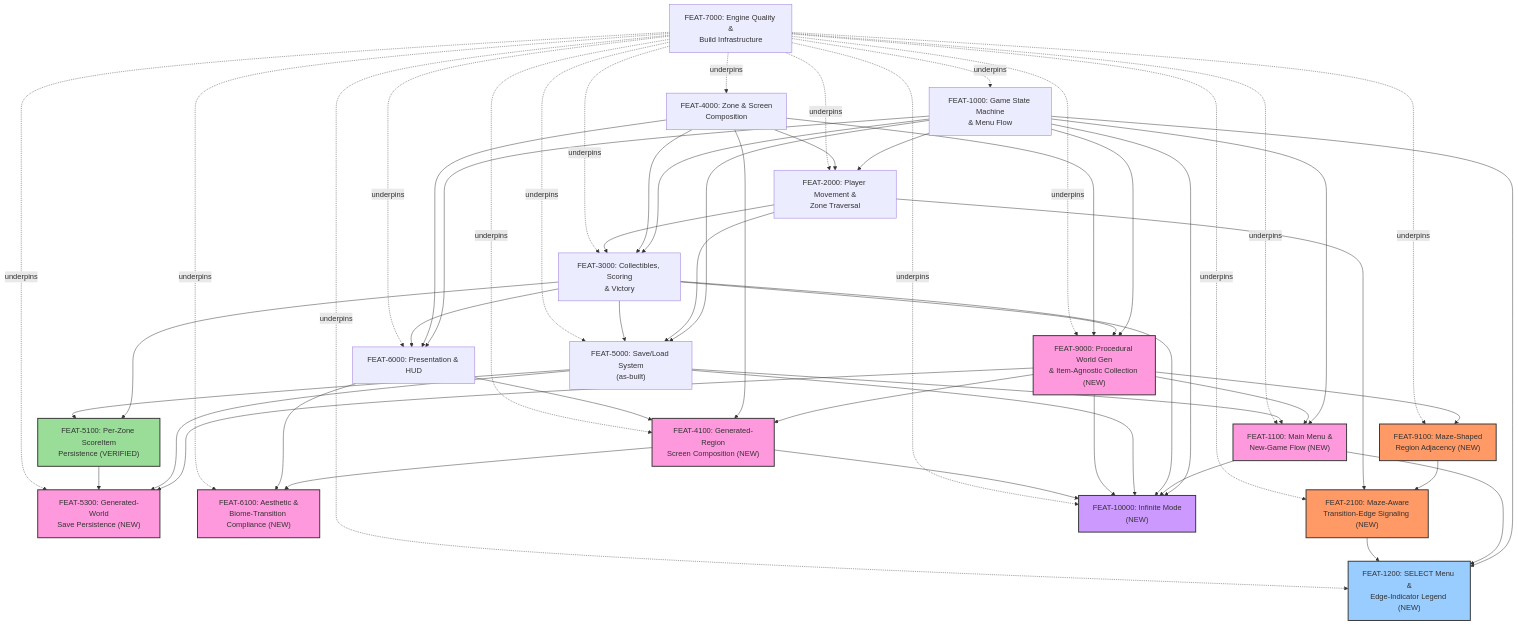
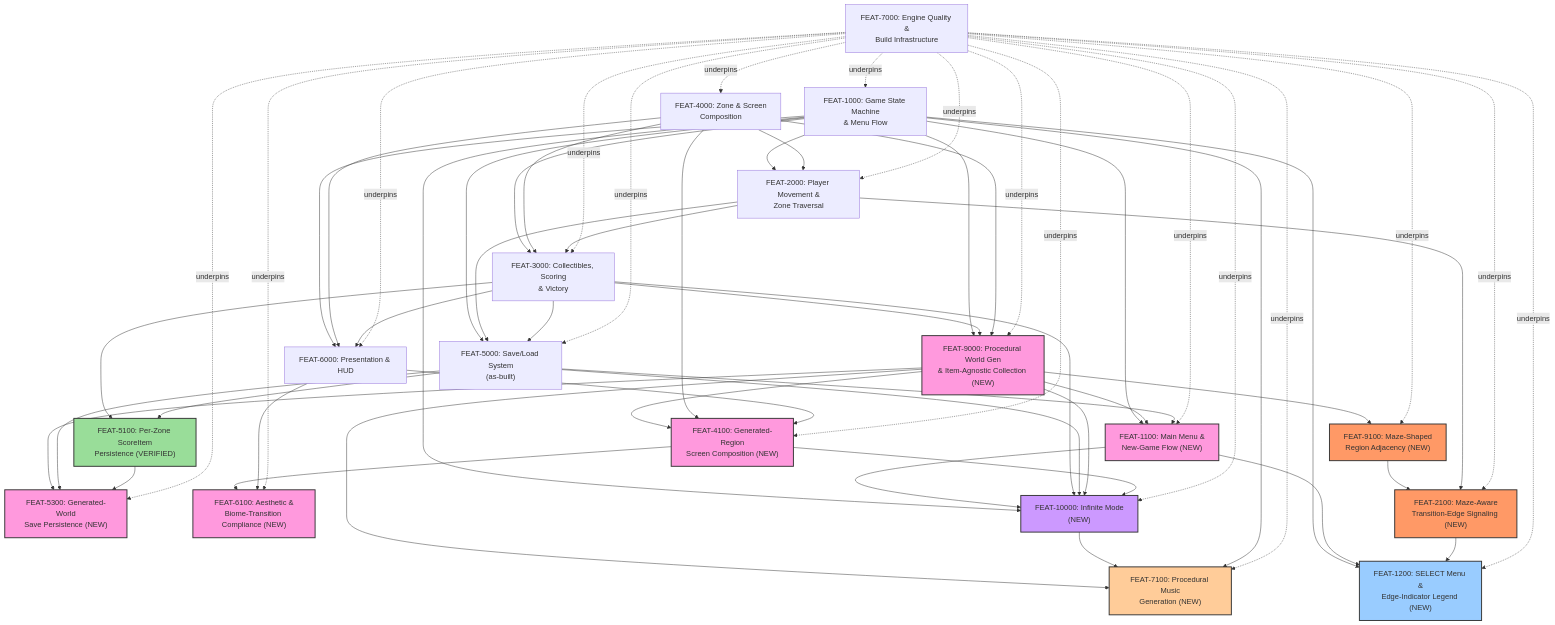
Before and after one commit to Zabin/RsGame: the diagram in docs/feature-planning/04-feature-dependency-graph.md, drawn with Mermaid. The commit also changed other lines of this file and 5 other files, not shown here.

First line of the commit message:
feature-planning: catalog FEAT-7100 (Procedural Music Generation)

````diff
--- a/docs/feature-planning/04-feature-dependency-graph.md
+++ b/docs/feature-planning/04-feature-dependency-graph.md
@@ -29,6 +30,7 @@
     FEAT2100["FEAT-2100: Maze-Aware<br/>Transition-Edge Signaling (NEW)"]
     FEAT1200["FEAT-1200: SELECT Menu &<br/>Edge-Indicator Legend (NEW)"]
     FEAT10000["FEAT-10000: Infinite Mode<br/>(NEW)"]
+    FEAT7100["FEAT-7100: Procedural Music<br/>Generation (NEW)"]
 
     FEAT1000 --> FEAT2000
     FEAT1000 --> FEAT3000
@@ -70,6 +72,9 @@
     FEAT5000 --> FEAT10000
     FEAT9000 --> FEAT10000
     FEAT4100 --> FEAT10000
+    FEAT9000 --> FEAT7100
+    FEAT10000 --> FEAT7100
+    FEAT1000 --> FEAT7100
 
     FEAT7000 -.underpins.-> FEAT1000
     FEAT7000 -.underpins.-> FEAT2000
@@ -86,6 +91,7 @@
     FEAT7000 -.underpins.-> FEAT2100
     FEAT7000 -.underpins.-> FEAT1200
     FEAT7000 -.underpins.-> FEAT10000
+    FEAT7000 -.underpins.-> FEAT7100
 
     style FEAT5100 fill:#9d9,stroke:#333,stroke-width:2px
     style FEAT9000 fill:#f9d,stroke:#333,stroke-width:2px
@@ -97,4 +103,5 @@
     style FEAT2100 fill:#f96,stroke:#333,stroke-width:2px
     style FEAT1200 fill:#9cf,stroke:#333,stroke-width:2px
     style FEAT10000 fill:#c9f,stroke:#333,stroke-width:2px
+    style FEAT7100 fill:#fc9,stroke:#333,stroke-width:2px
 ```
````
